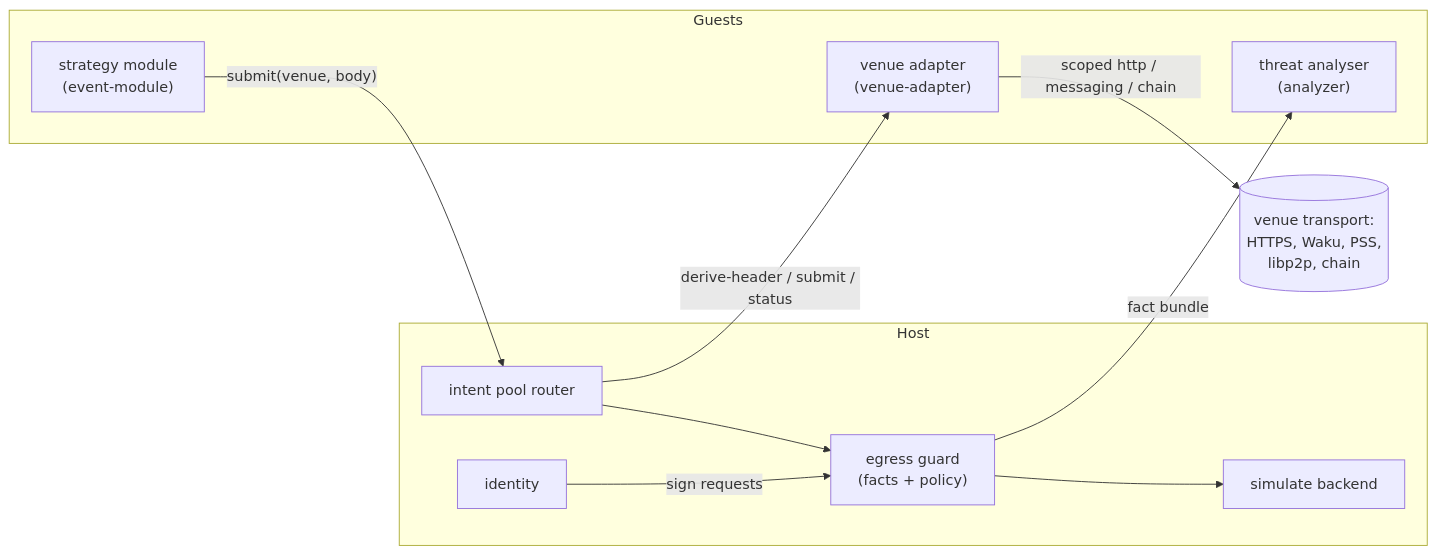
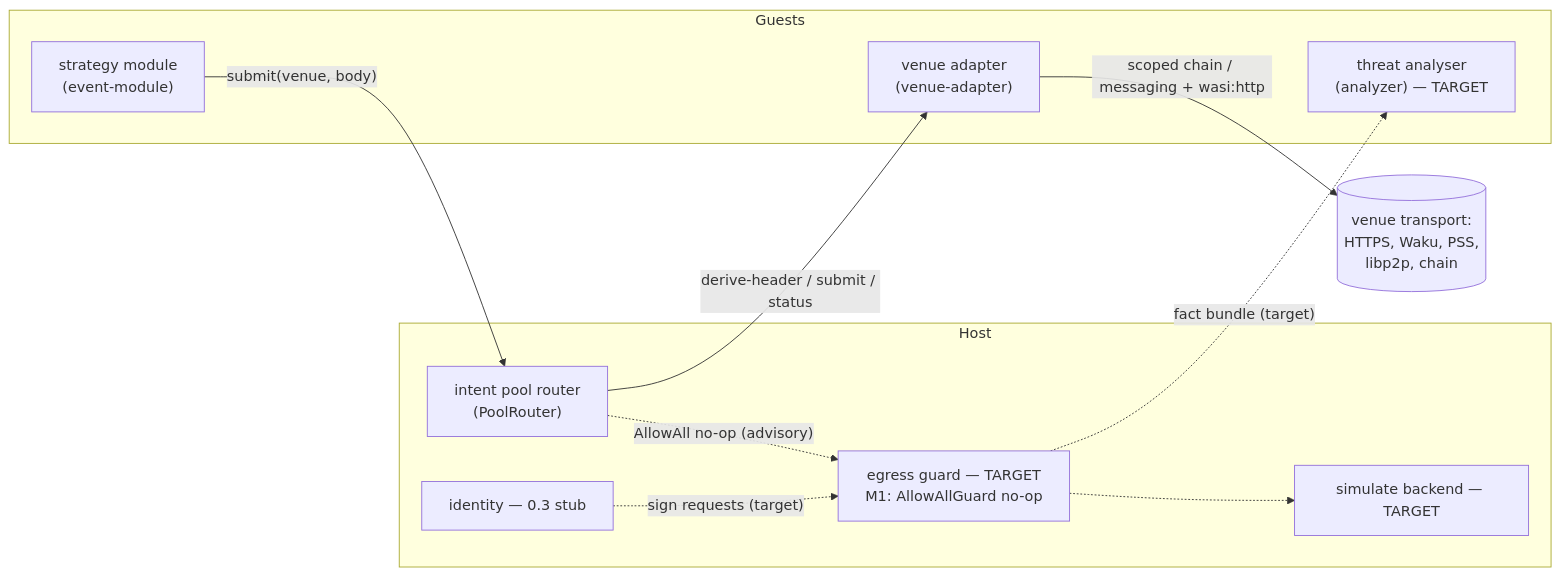
The first of 2 diagrams in docs/09-intent-architecture.md (nullislabs/shepherd), drawn with Mermaid before and after one commit. The commit also changed other lines of this file and 2 other files, not shown here.

First line of the commit message:
docs: reconcile intent architecture with shipped M1 and platform decisions

````diff
--- a/docs/09-intent-architecture.md
+++ b/docs/09-intent-architecture.md
@@ -25,21 +43,21 @@
 ```mermaid
 flowchart LR
     subgraph Guests
         SM["strategy module<br/>(event-module)"]
         VA["venue adapter<br/>(venue-adapter)"]
-        AN["threat analyser<br/>(analyzer)"]
+        AN["threat analyser<br/>(analyzer) — TARGET"]
     end
     subgraph Host
-        POOL["intent pool router"]
-        GUARD["egress guard<br/>(facts + policy)"]
-        SIM["simulate backend"]
-        ID["identity"]
+        POOL["intent pool router<br/>(PoolRouter)"]
+        GUARD["egress guard — TARGET<br/>M1: AllowAllGuard no-op"]
+        SIM["simulate backend — TARGET"]
+        ID["identity — 0.3 stub"]
     end
     SM -->|"submit(venue, body)"| POOL
     POOL -->|"derive-header / submit / status"| VA
-    POOL --> GUARD
-    ID -->|"sign requests"| GUARD
-    GUARD -->|"fact bundle"| AN
-    GUARD --> SIM
-    VA -->|"scoped http / messaging / chain"| Transport[("venue transport:<br/>HTTPS, Waku, PSS,<br/>libp2p, chain")]
+    POOL -.->|"AllowAll no-op (advisory)"| GUARD
+    ID -.->|"sign requests (target)"| GUARD
+    GUARD -.->|"fact bundle (target)"| AN
+    GUARD -.-> SIM
+    VA -->|"scoped chain / messaging + wasi:http"| Transport[("venue transport:<br/>HTTPS, Waku, PSS,<br/>libp2p, chain")]
 ```
````
